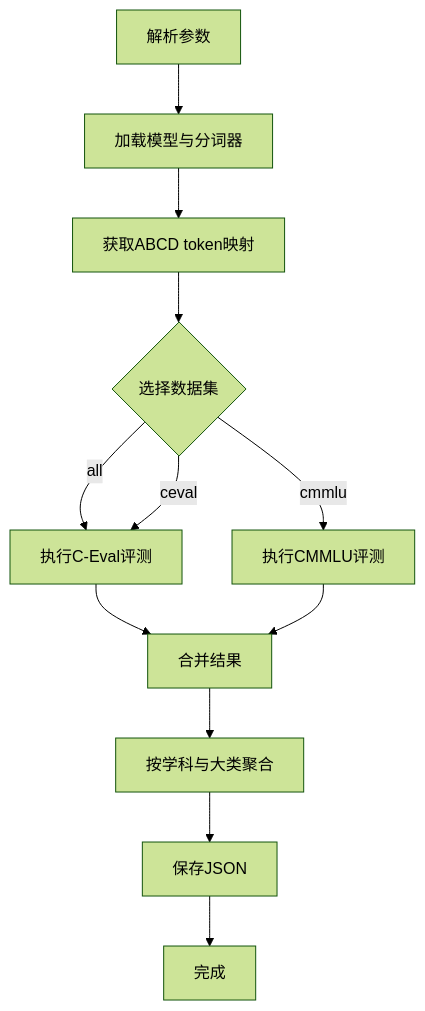
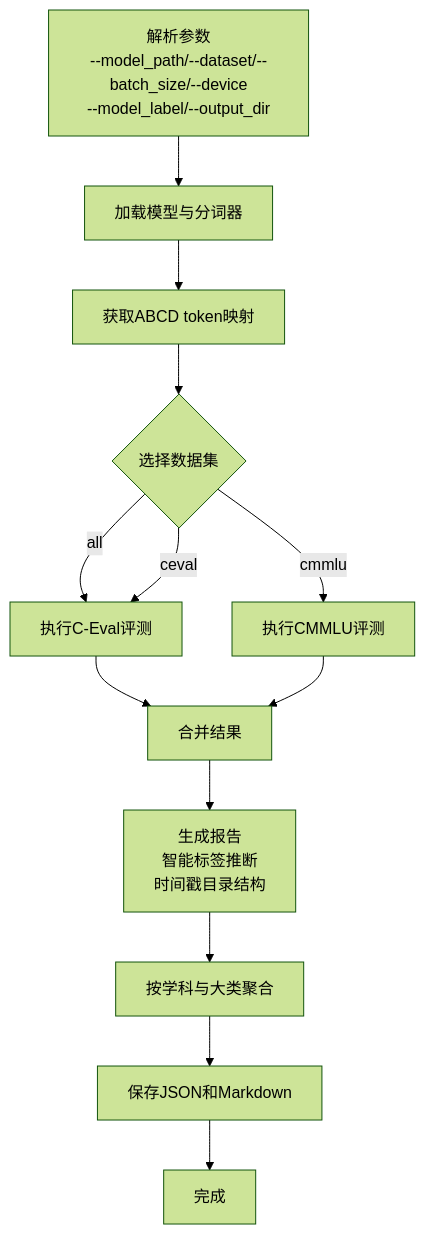
One commit to shiyukonghui/minimind changed the seventh of 9 diagrams in .qoder/repowiki/zh/content/实验与评估/基准测试.md. Above: the diagram before and after it, drawn with Mermaid (forest theme). The commit also changed other lines of this file and 5 other files, not shown here.

````diff
--- a/.qoder/repowiki/zh/content/实验与评估/基准测试.md
+++ b/.qoder/repowiki/zh/content/实验与评估/基准测试.md
@@ -222,14 +272,15 @@
 ```mermaid
 flowchart TD
-ArgParse["解析参数"] --> LoadModel["加载模型与分词器"]
+ArgParse["解析参数<br/>--model_path/--dataset/--batch_size/--device<br/>--model_label/--output_dir"] --> LoadModel["加载模型与分词器"]
 LoadModel --> GetTokens["获取ABCD token映射"]
 GetTokens --> SelectDataset{"选择数据集"}
 SelectDataset --> |all| RunCEval["执行C-Eval评测"]
 SelectDataset --> |ceval| RunCEval
 SelectDataset --> |cmmlu| RunCMMLU["执行CMMLU评测"]
 RunCEval --> Merge["合并结果"]
 RunCMMLU --> Merge
-Merge --> Summary["按学科与大类聚合"]
-Summary --> Save["保存JSON"]
+Merge --> Report["生成报告<br/>智能标签推断<br/>时间戳目录结构"]
+Report --> Summary["按学科与大类聚合"]
+Summary --> Save["保存JSON和Markdown"]
 Save --> Done["完成"]
 ```
````
